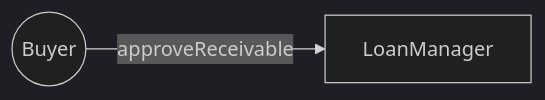
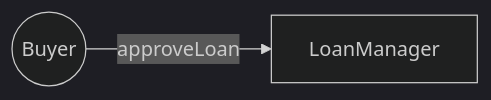
Before and after one commit to isle-labs/isle-docs: the third of 9 diagrams in technical-resources/diagrams.md, drawn with Mermaid (dark theme). The commit also changed other lines of this file and 10 other files, not shown here.

````diff
--- a/technical-resources/diagrams.md
+++ b/technical-resources/diagrams.md
@@ -35,6 +35,6 @@
 ```mermaid
 flowchart LR;
   B((Buyer))
   LM[LoanManager]
-  B -- "approveReceivable" --> LM
+  B -- "approveLoan" --> LM
 ```
````
